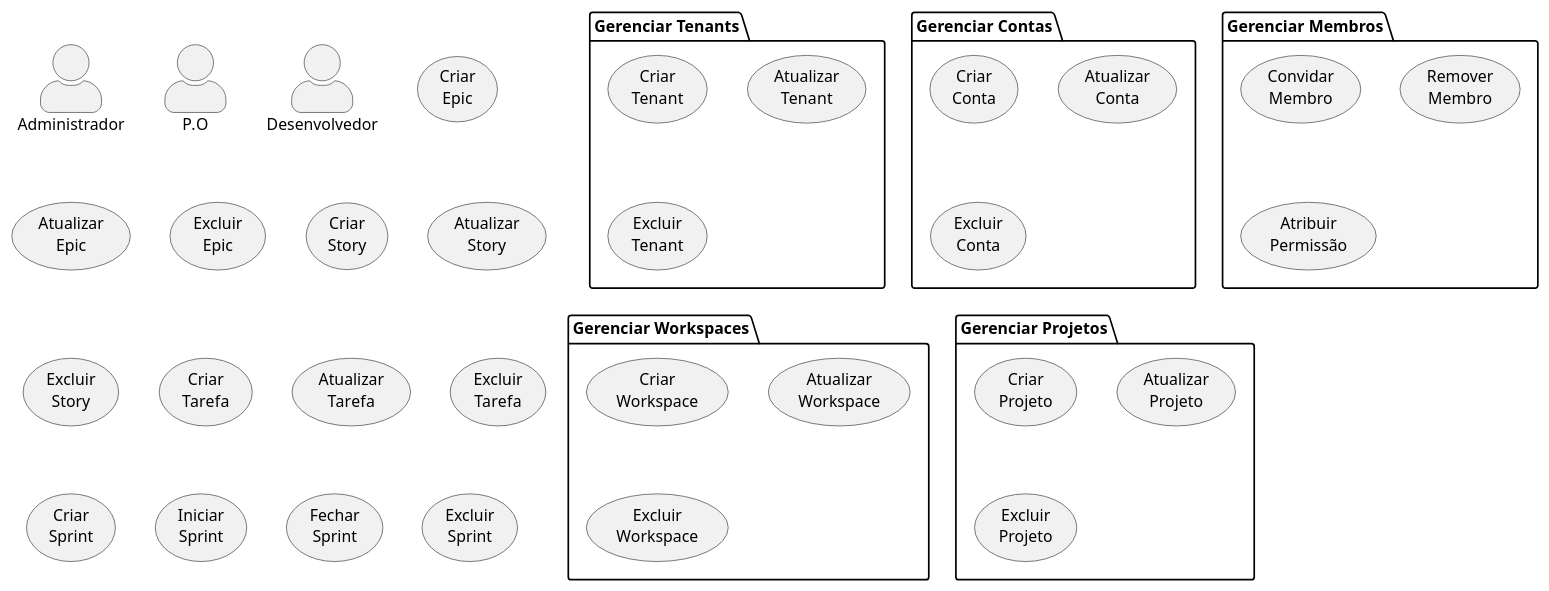
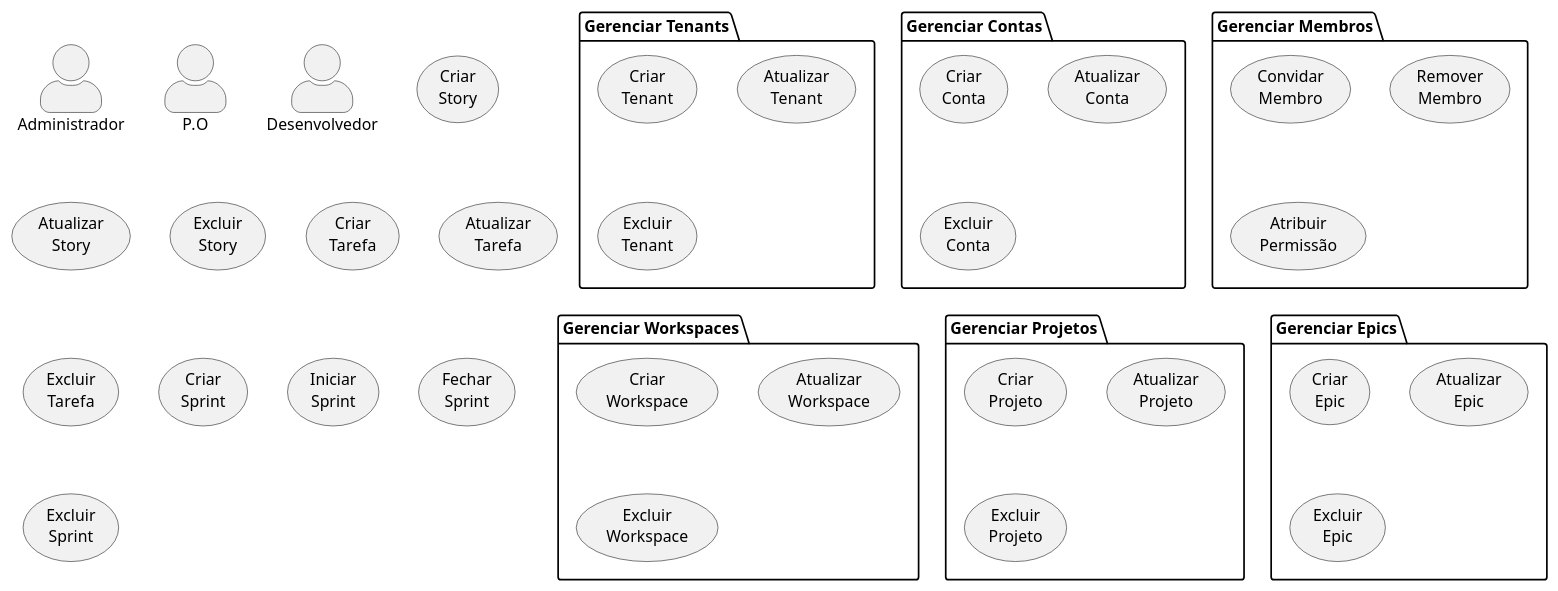
The diagram in use_case.plantuml (jairokoning/sprint_manager_uml), drawn with PlantUML before and after one commit.

Commit message:
feat: add use case package manage epics

```diff
--- a/use_case.plantuml
+++ b/use_case.plantuml
@@ -1,59 +1,62 @@
 @startuml ""
 ' http://www.plantuml.com/plantuml/uml/SoWkIImgAStDuUBISCiiAYvHA2rEJKuiJjNaqd3Coo_9I2s2YoWa5YjeX3eRQN91HHH2dOtXR0sVnEAIc3nanQ7E9bnS3gbvAI3p0G00
 skinparam TextAlign center
 skinparam actorStyle awesome
 
 actor Administrador as adm
 actor P.O as po
 actor Desenvolvedor as dev
 
 package "Gerenciar Tenants" {
   usecase "Criar\nTenant" as createTenant
   usecase "Atualizar\nTenant" as updateTenant
   usecase "Excluir\nTenant" as deleteTenant
 }
 
 package "Gerenciar Contas" {
   usecase "Criar\nConta" as createAccount
   usecase "Atualizar\nConta" as updateAccount
   usecase "Excluir\nConta" as deleteAccount
 }
 
 package "Gerenciar Membros" {
   usecase "Convidar\nMembro" as inviteMember
   usecase "Remover\nMembro" as removeMember
   usecase "Atribuir\nPermissão" as setPermission
 }
 
 package "Gerenciar Workspaces" {
   usecase "Criar\nWorkspace" as createWorkspace
   usecase "Atualizar\nWorkspace" as updateWorkspace
   usecase "Excluir\nWorkspace" as deleteWorkspace
 }
 
 package "Gerenciar Projetos" {
   usecase "Criar\nProjeto" as createProject
   usecase "Atualizar\nProjeto" as updateProject
   usecase "Excluir\nProjeto" as deleteProject
 }
-usecase "Criar\nEpic" as createEpic
-usecase "Atualizar\nEpic" as updateEpic
-usecase "Excluir\nEpic" as deleteEpic
+
+package "Gerenciar Epics" {
+  usecase "Criar\nEpic" as createEpic
+  usecase "Atualizar\nEpic" as updateEpic
+  usecase "Excluir\nEpic" as deleteEpic
+}
 
 usecase "Criar\nStory" as createStory
 usecase "Atualizar\nStory" as updateStory
 usecase "Excluir\nStory" as deleteStory
 
 usecase "Criar\nTarefa" as createTask
 usecase "Atualizar\nTarefa" as updateTask
 usecase "Excluir\nTarefa" as deleteTask
 
 usecase "Criar\nSprint" as createSprint
 usecase "Iniciar\nSprint" as openSprint
 usecase "Fechar\nSprint" as closeSprint
 usecase "Excluir\nSprint" as deleteSprint
 
 'Quando concluir todas tarefas de um recurso, deve automaticamente concluir o Recurso, e quando concluir todos os recursos de Epic, deve concluir o Epi
 'Criar um grafico de gantt baseado nas tarefas
 
 @enduml
```
